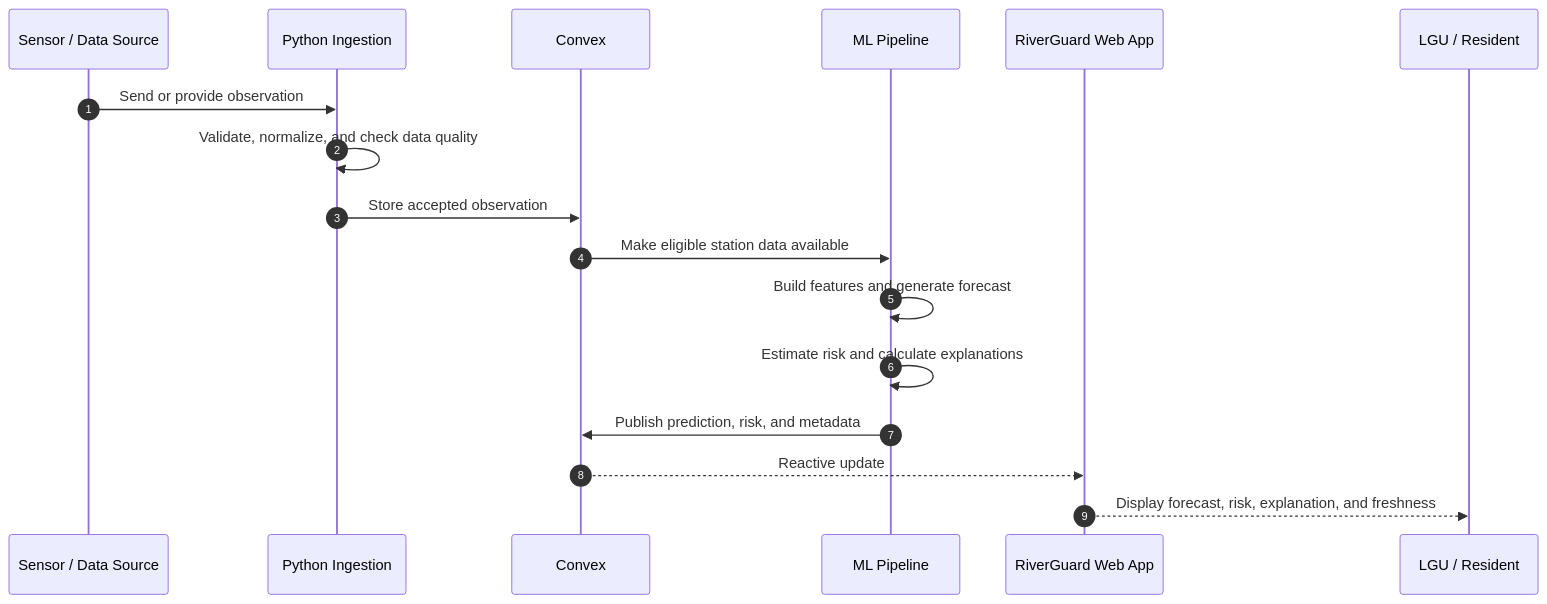
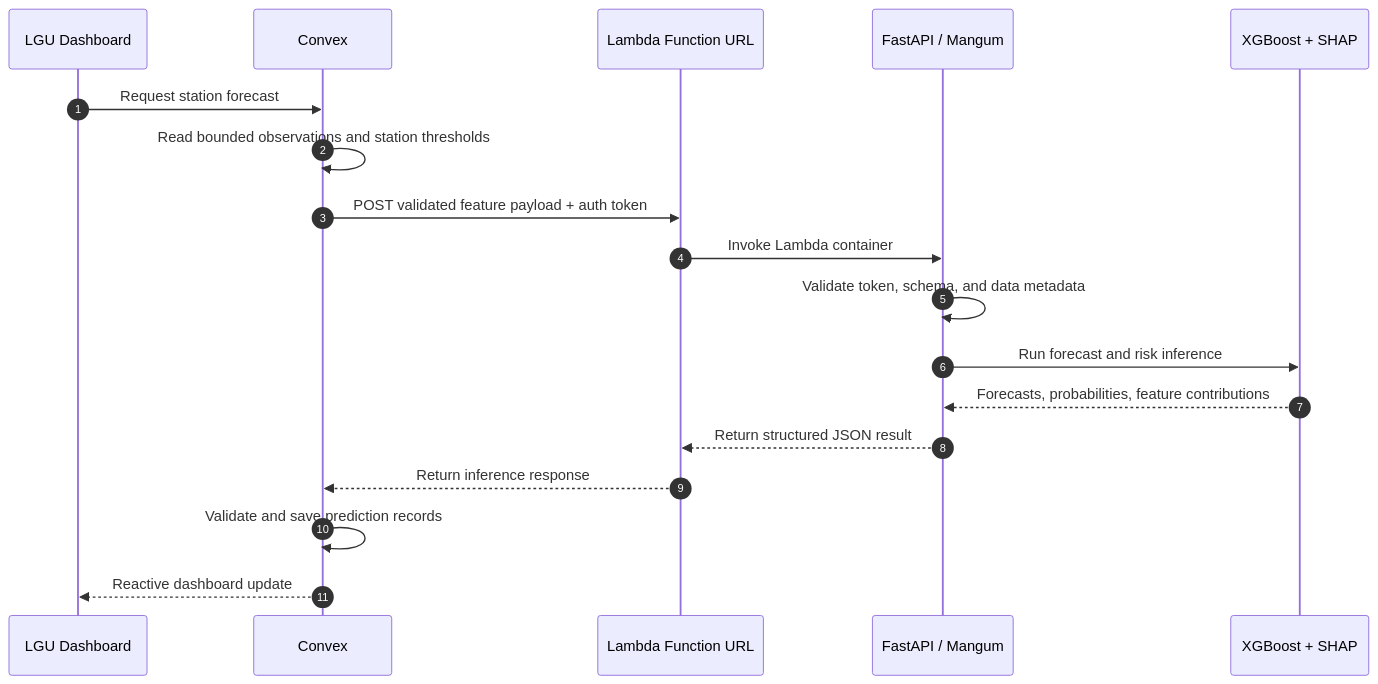
The second of 4 diagrams in README.md (ZealStyx/RiverGuard-dev), drawn with Mermaid before and after one commit. The commit also changed other lines of this file and 1 other file, not shown here.

First line of the commit message:
Document RiverGuard minimal AWS architecture

````diff
--- a/README.md
+++ b/README.md
@@ -158,20 +182,21 @@
 ```mermaid
 sequenceDiagram
     autonumber
-    participant Source as Sensor / Data Source
-    participant Ingest as Python Ingestion
+    participant User as LGU Dashboard
     participant Convex as Convex
-    participant ML as ML Pipeline
-    participant Web as RiverGuard Web App
-    participant User as LGU / Resident
+    participant URL as Lambda Function URL
+    participant API as FastAPI / Mangum
+    participant ML as XGBoost + SHAP
 
-    Source->>Ingest: Send or provide observation
-    Ingest->>Ingest: Validate, normalize, and check data quality
-    Ingest->>Convex: Store accepted observation
-    Convex->>ML: Make eligible station data available
-    ML->>ML: Build features and generate forecast
-    ML->>ML: Estimate risk and calculate explanations
-    ML->>Convex: Publish prediction, risk, and metadata
-    Convex-->>Web: Reactive update
-    Web-->>User: Display forecast, risk, explanation, and freshness
+    User->>Convex: Request station forecast
+    Convex->>Convex: Read bounded observations and station thresholds
+    Convex->>URL: POST validated feature payload + auth token
+    URL->>API: Invoke Lambda container
+    API->>API: Validate token, schema, and data metadata
+    API->>ML: Run forecast and risk inference
+    ML-->>API: Forecasts, probabilities, feature contributions
+    API-->>URL: Return structured JSON result
+    URL-->>Convex: Return inference response
+    Convex->>Convex: Validate and save prediction records
+    Convex-->>User: Reactive dashboard update
 ```
````
